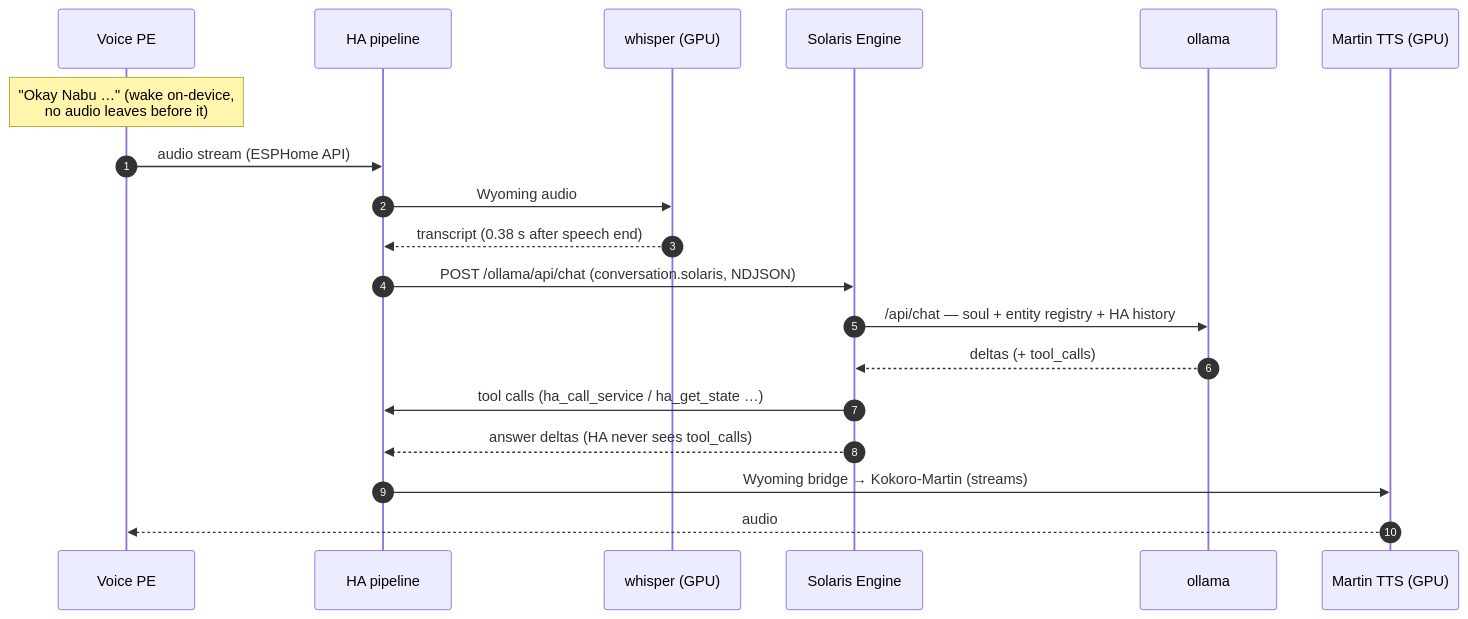
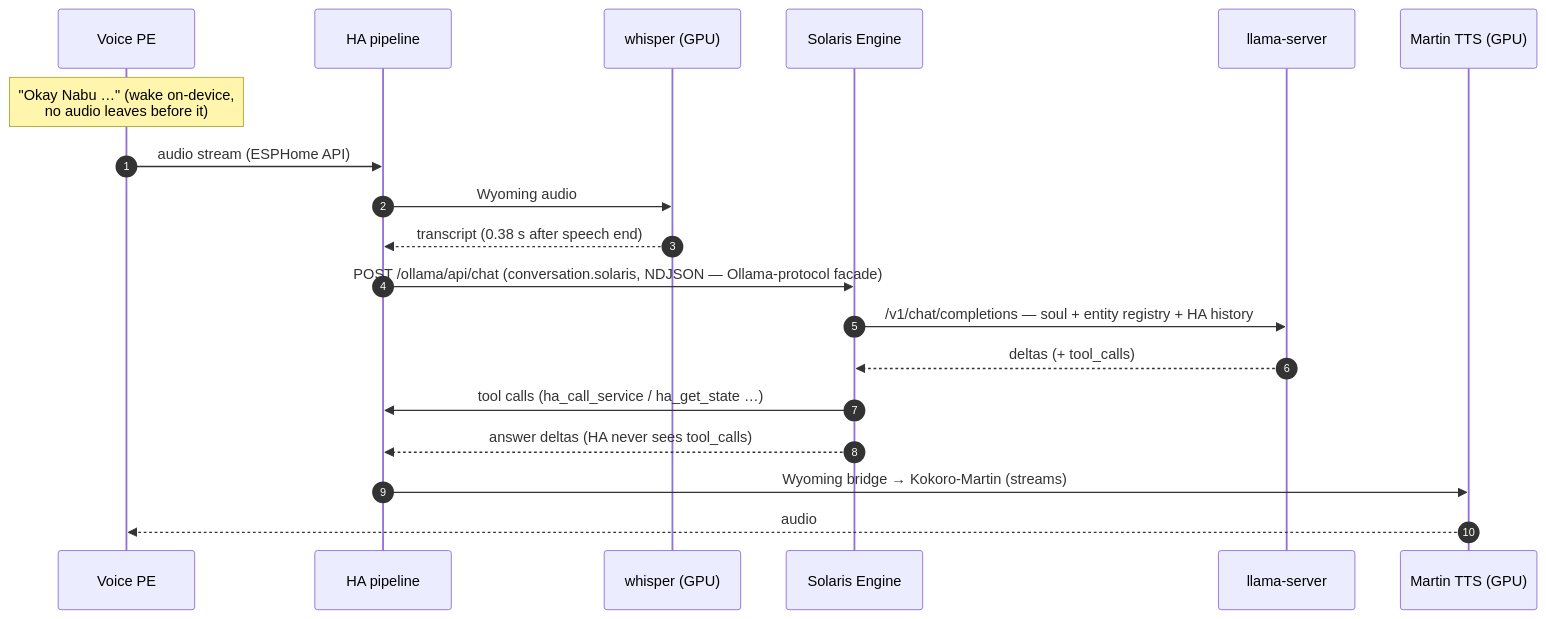
One commit to mdopp/oscar changed the second of 4 diagrams in solaris-architecture.md. Above: the diagram before and after it, drawn with Mermaid. The commit also changed other lines of this file and 9 other files, not shown here.

First line of the commit message:
docs: anchor the llama-server concept and retire Ollama from the guides

````diff
--- a/solaris-architecture.md
+++ b/solaris-architecture.md
@@ -176,22 +224,22 @@
 ```mermaid
 sequenceDiagram
     autonumber
     participant PE as Voice PE
     participant HA as HA pipeline
     participant W as whisper (GPU)
     participant E as Solaris Engine
-    participant O as ollama
+    participant L as llama-server
     participant P as Martin TTS (GPU)
 
     Note over PE: "Okay Nabu …" (wake on-device,<br/>no audio leaves before it)
     PE->>HA: audio stream (ESPHome API)
     HA->>W: Wyoming audio
     W-->>HA: transcript (0.38 s after speech end)
-    HA->>E: POST /ollama/api/chat (conversation.solaris, NDJSON)
-    E->>O: /api/chat — soul + entity registry + HA history
-    O-->>E: deltas (+ tool_calls)
+    HA->>E: POST /ollama/api/chat (conversation.solaris, NDJSON — Ollama-protocol facade)
+    E->>L: /v1/chat/completions — soul + entity registry + HA history
+    L-->>E: deltas (+ tool_calls)
     E->>HA: tool calls (ha_call_service / ha_get_state …)
     E-->>HA: answer deltas (HA never sees tool_calls)
     HA->>P: Wyoming bridge → Kokoro-Martin (streams)
     P-->>PE: audio
 ```
````
